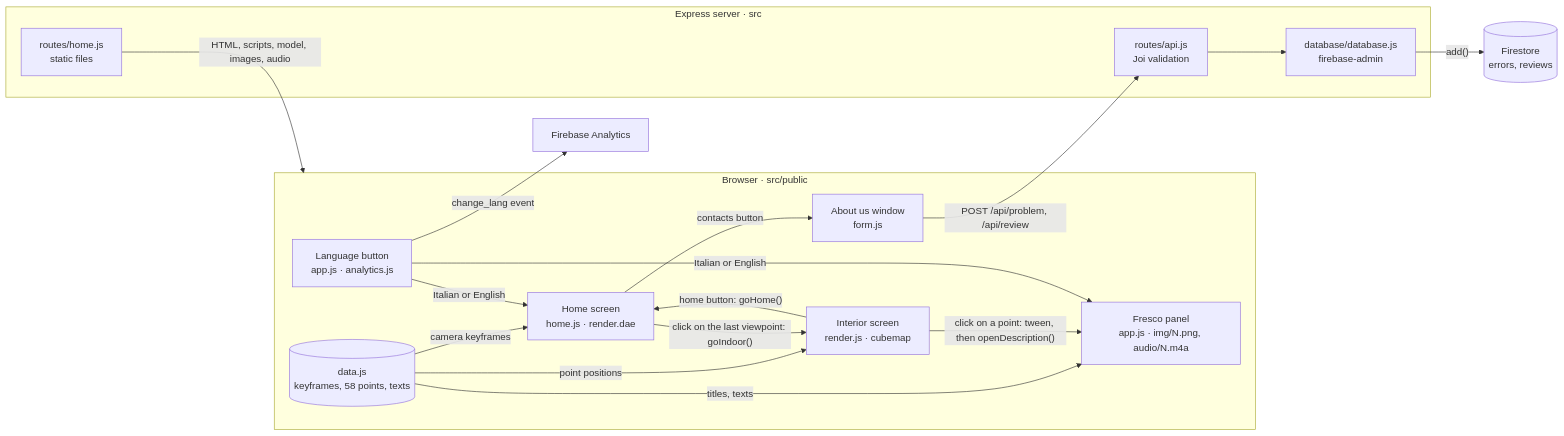
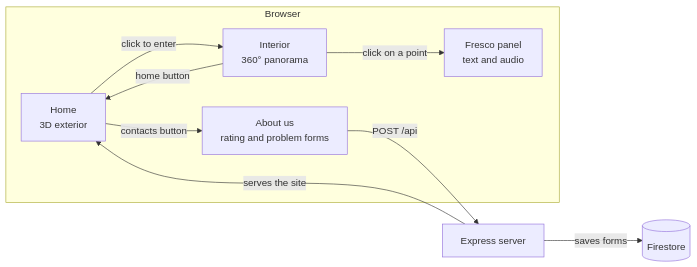
One commit to tommasomoro8/cappella-degli-scrovegni changed the diagram in README.md. Above: the diagram before and after it, drawn with Mermaid.

Commit message:
Simplify the architecture diagram

````diff
--- a/README.md
+++ b/README.md
@@ -83,33 +83,19 @@
 ```mermaid
 flowchart LR
-  subgraph Browser["Browser · src/public"]
-    Data[("data.js<br>keyframes, 58 points, texts")]
-    Home["Home screen<br>home.js · render.dae"]
-    Interior["Interior screen<br>render.js · cubemap"]
-    Panel["Fresco panel<br>app.js · img/N.png, audio/N.m4a"]
-    About["About us window<br>form.js"]
-    Lang["Language button<br>app.js · analytics.js"]
+  subgraph Browser
+    Home["Home<br>3D exterior"]
+    Interior["Interior<br>360° panorama"]
+    Panel["Fresco panel<br>text and audio"]
+    About["About us<br>rating and problem forms"]
   end
-  subgraph Server["Express server · src"]
-    Static["routes/home.js<br>static files"]
-    API["routes/api.js<br>Joi validation"]
-    DB["database/database.js<br>firebase-admin"]
-  end
-  Firestore[("Firestore<br>errors, reviews")]
-  Analytics["Firebase Analytics"]
+  Server["Express server"]
+  Firestore[("Firestore")]
 
-  Static -->|"HTML, scripts, model, images, audio"| Browser
-  Data -->|"camera keyframes"| Home
-  Data -->|"point positions"| Interior
-  Data -->|"titles, texts"| Panel
-  Home -->|"click on the last viewpoint: goIndoor()"| Interior
-  Interior -->|"click on a point: tween, then openDescription()"| Panel
-  Interior -->|"home button: goHome()"| Home
+  Server -->|"serves the site"| Home
+  Home -->|"click to enter"| Interior
+  Interior -->|"click on a point"| Panel
+  Interior -->|"home button"| Home
   Home -->|"contacts button"| About
-  About -->|"POST /api/problem, /api/review"| API
-  API --> DB
-  DB -->|"add()"| Firestore
-  Lang -->|"Italian or English"| Home
-  Lang -->|"Italian or English"| Panel
-  Lang -->|"change_lang event"| Analytics
+  About -->|"POST /api"| Server
+  Server -->|"saves forms"| Firestore
 ```
````
